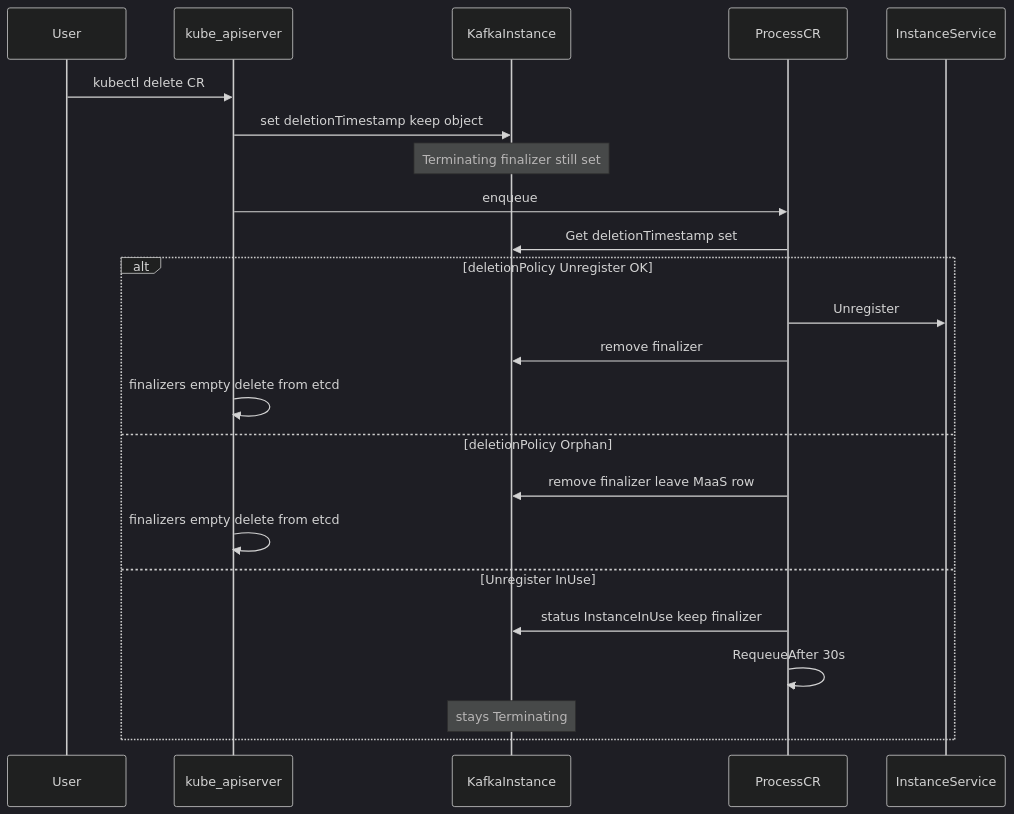
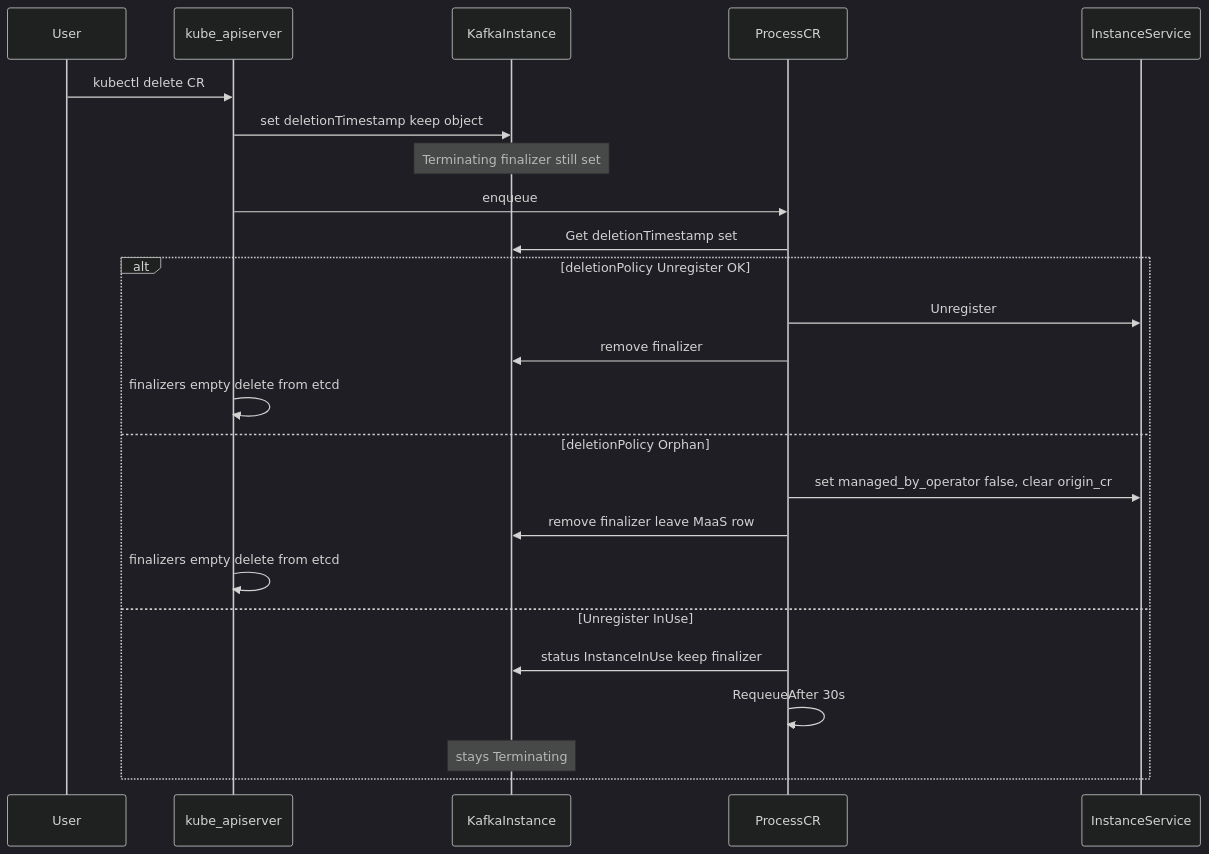
One commit to Netcracker/qubership-maas changed diagram 12 of 14 in docs/operator_design.md. Above: the diagram before and after it, drawn with Mermaid (dark theme). The commit also changed other lines of this file and 6 other files, not shown here.

````diff
--- a/docs/operator_design.md
+++ b/docs/operator_design.md
@@ -1348,25 +1355,26 @@
 ```mermaid
 sequenceDiagram
   participant User
   participant API as kube_apiserver
   participant CR as KafkaInstance
   participant Pod as ProcessCR
   participant Svc as InstanceService
   User->>API: kubectl delete CR
   API->>CR: set deletionTimestamp keep object
   Note over CR: Terminating finalizer still set
   API->>Pod: enqueue
   Pod->>CR: Get deletionTimestamp set
   alt deletionPolicy Unregister OK
     Pod->>Svc: Unregister
     Pod->>CR: remove finalizer
     API->>API: finalizers empty delete from etcd
   else deletionPolicy Orphan
+    Pod->>Svc: set managed_by_operator false, clear origin_cr
     Pod->>CR: remove finalizer leave MaaS row
     API->>API: finalizers empty delete from etcd
   else Unregister InUse
     Pod->>CR: status InstanceInUse keep finalizer
     Pod->>Pod: RequeueAfter 30s
     Note over CR: stays Terminating
   end
 ```
````
